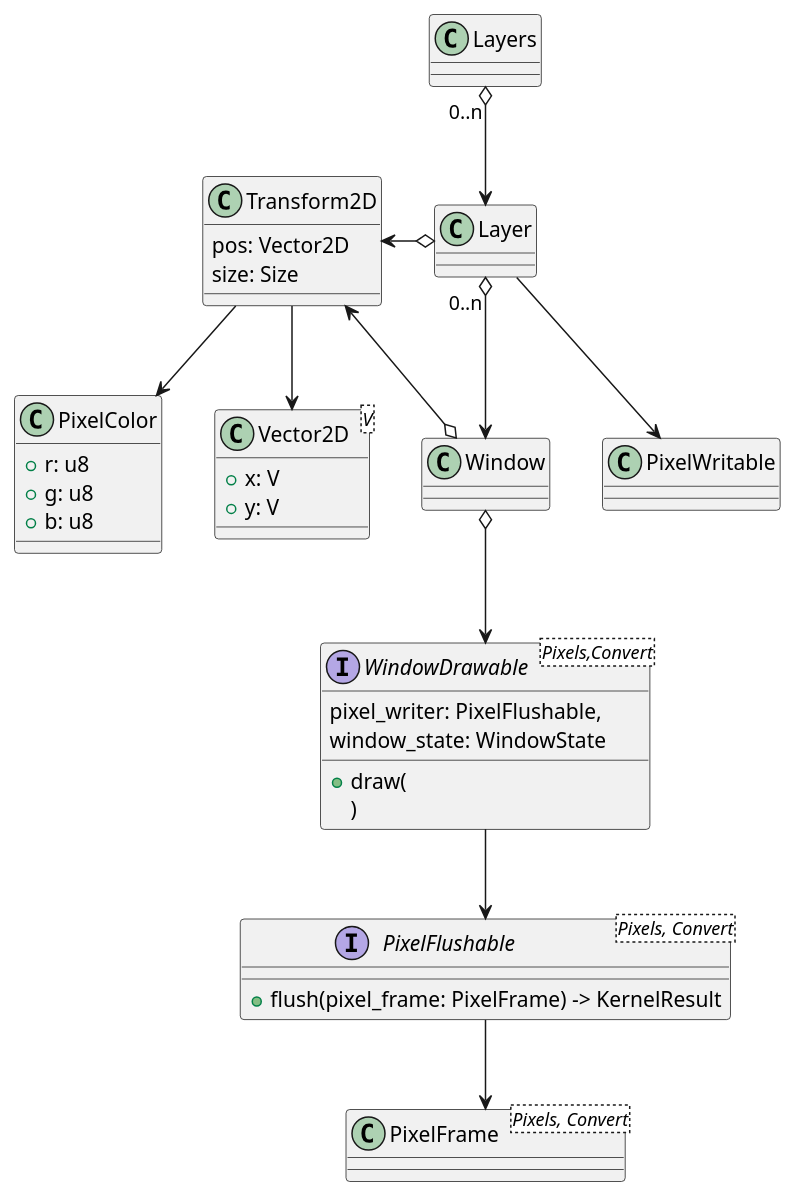
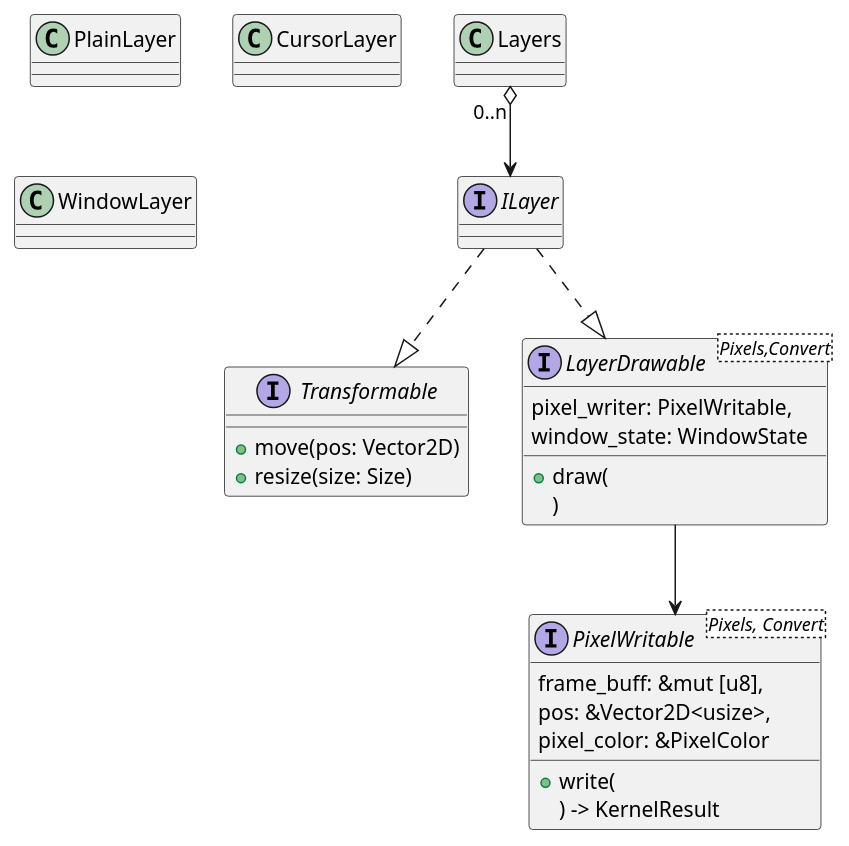
One commit to not-elm/mikanos-rs changed the diagram in layer.puml. Above: the diagram before and after it, drawn with PlantUML. The commit also changed 40 other files, not shown here.

```diff
--- a/layer.puml
+++ b/layer.puml
@@ -1,63 +1,52 @@
 @startuml
 'https://plantuml.com/class-diagram
 
 class Layers
 
-class Layer{
 
-}
 
-class Window
 
-class PixelColor{
-    + r: u8
-    + g: u8
-    + b: u8
-}
+interface ILayer
 
-class Vector2D<V>{
-    + x: V
-    + y: V
-}
-
-class Transform2D{
-    pos: Vector2D
-    size: Size
+interface Transformable{
+    + move(pos: Vector2D)
+    + resize(size: Size)
 }
 
 
-class PixelFrame<Pixels, Convert>{
-
-
-}
-
-interface PixelFlushable<Pixels, Convert>{
-    + flush(pixel_frame: PixelFrame) -> KernelResult
+interface PixelWritable<Pixels, Convert>{
+    + write(
+        frame_buff: &mut [u8],
+        pos: &Vector2D<usize>,
+        pixel_color: &PixelColor
+    ) -> KernelResult
 }
 
 
-interface WindowDrawable<Pixels,Convert>{
+interface LayerDrawable<Pixels,Convert>{
     + draw(
-     pixel_writer: PixelFlushable,
+     pixel_writer: PixelWritable,
      window_state: WindowState
      )
 }
 
 
-Layers "0..n" o--> Layer
 
-Layer "0..n" o--> Window
-Layer --> PixelWritable
-Layer o-left-> Transform2D
+Layers "0..n" o--> ILayer
 
 
-Window o-left-> Transform2D
-Window o--> WindowDrawable
 
-Transform2D --> PixelColor
-Transform2D --> Vector2D
+LayerDrawable --> PixelWritable
 
-WindowDrawable --> PixelFlushable
-PixelFlushable --> PixelFrame
+
+
+ILayer ..|> Transformable
+ILayer ..|> LayerDrawable
+
+
+class PlainLayer{}
+class CursorLayer{}
+class WindowLayer{}
+
 
 @enduml
```
